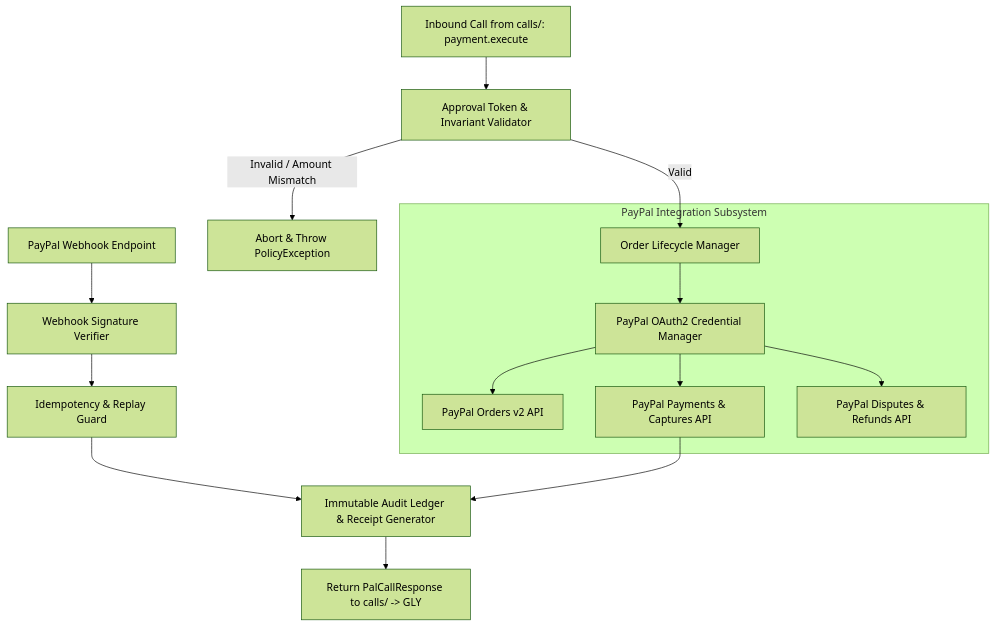
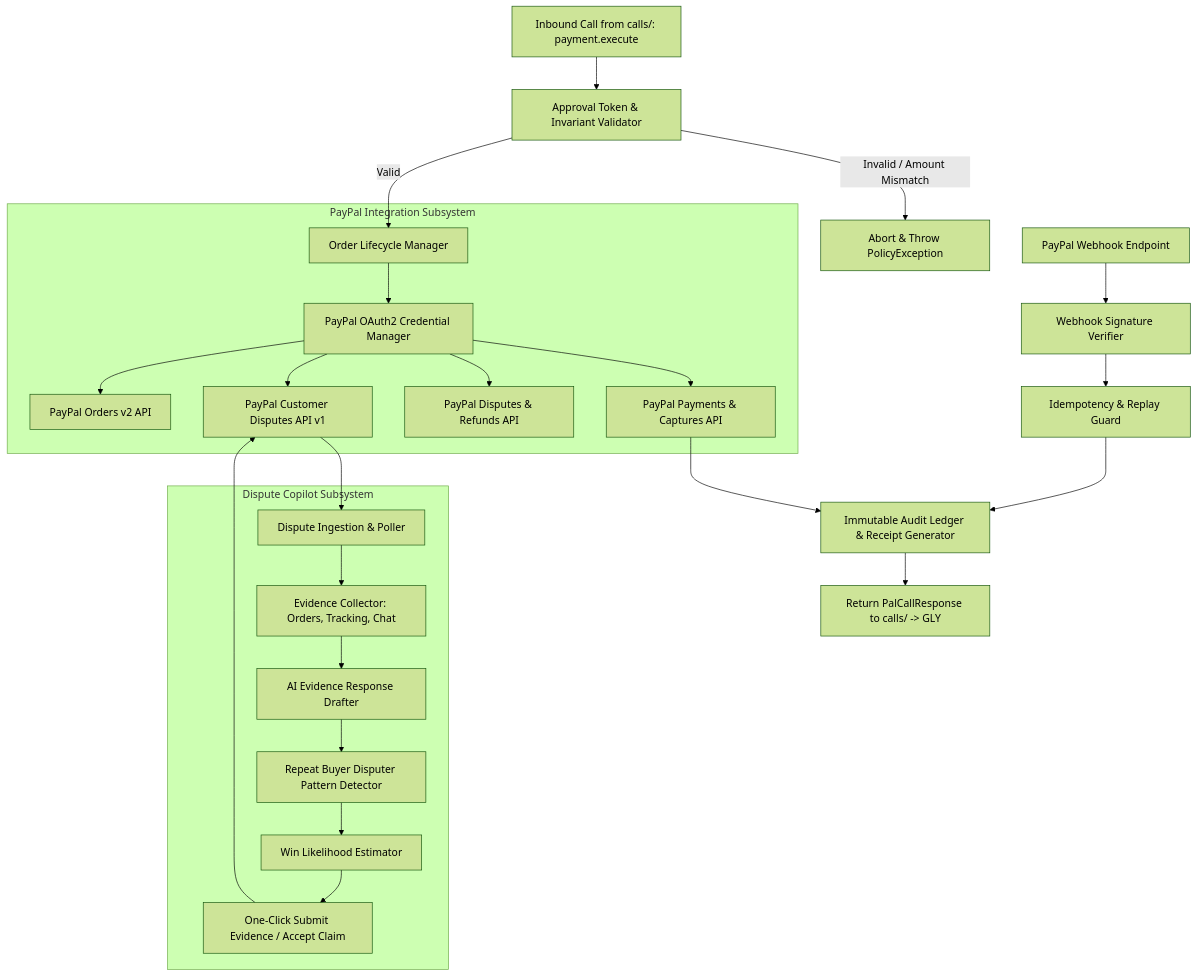
The first of 2 diagrams in PULSE/CONTEXT.md (conq-minator/Pals), drawn with Mermaid (forest theme) before and after one commit. The commit also changed other lines of this file and 15 other files, not shown here.

Commit message:
feat: implement core conversational gateway, dispute copilot, and agent orchestration modules

````diff
--- a/PULSE/CONTEXT.md
+++ b/PULSE/CONTEXT.md
@@ -11,21 +11,32 @@
 ```mermaid
 flowchart TD
     ReqIn[Inbound Call from calls/: payment.execute] --> TokenValidator[Approval Token & Invariant Validator]
     
     TokenValidator -- Invalid / Amount Mismatch --> Reject[Abort & Throw PolicyException]
     TokenValidator -- Valid --> OrderLifecycle[Order Lifecycle Manager]
     
     subgraph PayPal Integration Subsystem
         OrderLifecycle --> OAuthManager[PayPal OAuth2 Credential Manager]
         OAuthManager --> OrdersAPI[PayPal Orders v2 API]
         OAuthManager --> CapturesAPI[PayPal Payments & Captures API]
         OAuthManager --> RefundsAPI[PayPal Disputes & Refunds API]
+        OAuthManager --> DisputesAPI[PayPal Customer Disputes API v1]
+    end
+    
+    subgraph Dispute Copilot Subsystem
+        DisputesAPI --> DisputeIngestor[Dispute Ingestion & Poller]
+        DisputeIngestor --> EvidenceCollector[Evidence Collector: Orders, Tracking, Chat]
+        EvidenceCollector --> ResponseDrafter[AI Evidence Response Drafter]
+        ResponseDrafter --> PatternDetector[Repeat Buyer Disputer Pattern Detector]
+        PatternDetector --> WinEstimator[Win Likelihood Estimator]
+        WinEstimator --> ActionDispatcher[One-Click Submit Evidence / Accept Claim]
+        ActionDispatcher --> DisputesAPI
     end
     
     WebhookReceiver[PayPal Webhook Endpoint] --> SigVerifier[Webhook Signature Verifier]
     SigVerifier --> IdempotencyGuard[Idempotency & Replay Guard]
     IdempotencyGuard --> LedgerWriter[Immutable Audit Ledger & Receipt Generator]
     
     CapturesAPI --> LedgerWriter
     LedgerWriter --> RespOut[Return PalCallResponse to calls/ -> GLY]
 ```
````
